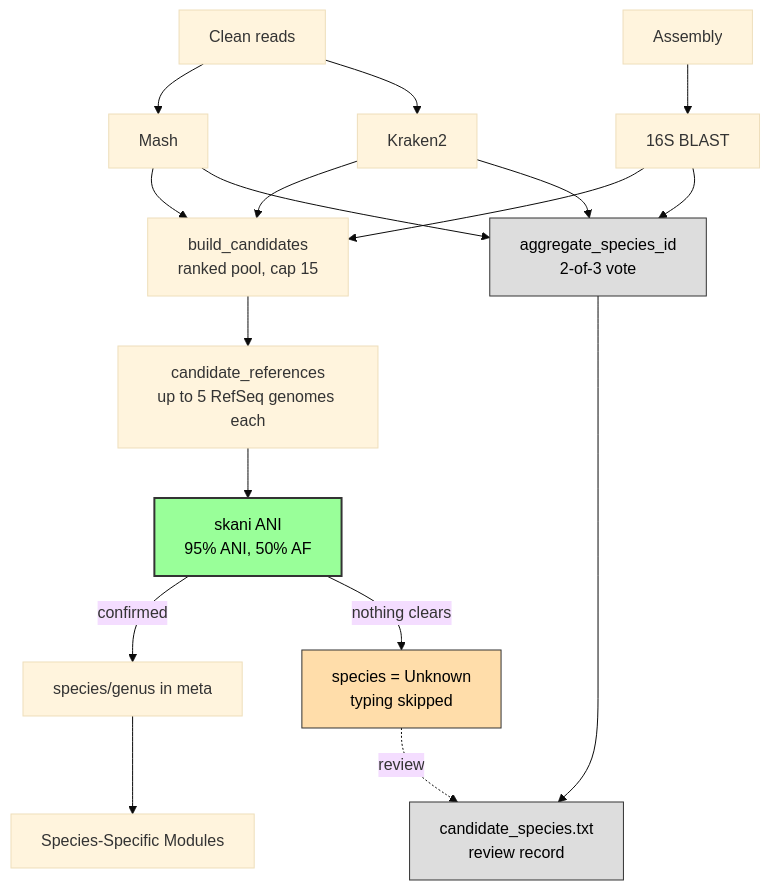
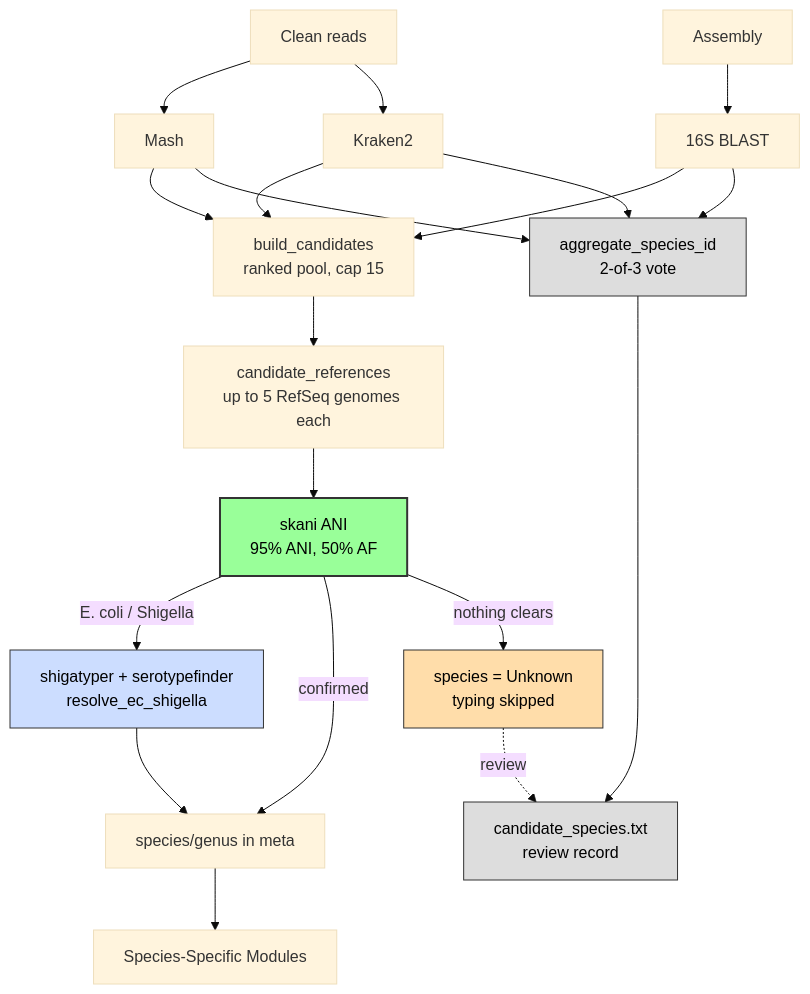
The diagram in docs/species-id.md (BPHL-Molecular/Sanibel), drawn with Mermaid (base theme) before and after one commit. The commit also changed other lines of this file and 10 other files, not shown here.

Commit message:
Guard unusable assemblies and resolve Escherichia vs Shigella with ShigaTyper

````diff
--- a/docs/species-id.md
+++ b/docs/species-id.md
@@ -133,26 +170,29 @@
 ```mermaid
 flowchart TD
     R[Clean reads] --> M[Mash]
     R --> K[Kraken2]
     A[Assembly] --> B[16S BLAST]
 
     M --> CP[build_candidates<br/>ranked pool, cap 15]
     K --> CP
     B --> CP
     CP --> RR[candidate_references<br/>up to 5 RefSeq genomes each]
     RR --> SK[skani ANI<br/>95% ANI, 50% AF]
+    SK -->|E. coli / Shigella| EC[shigatyper + serotypefinder<br/>resolve_ec_shigella]
+    EC --> TY
     SK -->|confirmed| TY[species/genus in meta]
     TY --> SP[Species-Specific Modules]
     SK -->|nothing clears| UN[species = Unknown<br/>typing skipped]
 
     M --> AG[aggregate_species_id<br/>2-of-3 vote]
     K --> AG
     B --> AG
     AG --> REC[candidate_species.txt<br/>review record]
     UN -. review .-> REC
 
     style SK fill:#9f9,stroke:#333,stroke-width:2px,color:#000
+    style EC fill:#cdf,stroke:#333,color:#000
     style UN fill:#fda,stroke:#333,color:#000
     style AG fill:#ddd,stroke:#333,color:#000
     style REC fill:#ddd,stroke:#333,color:#000
 ```
````
